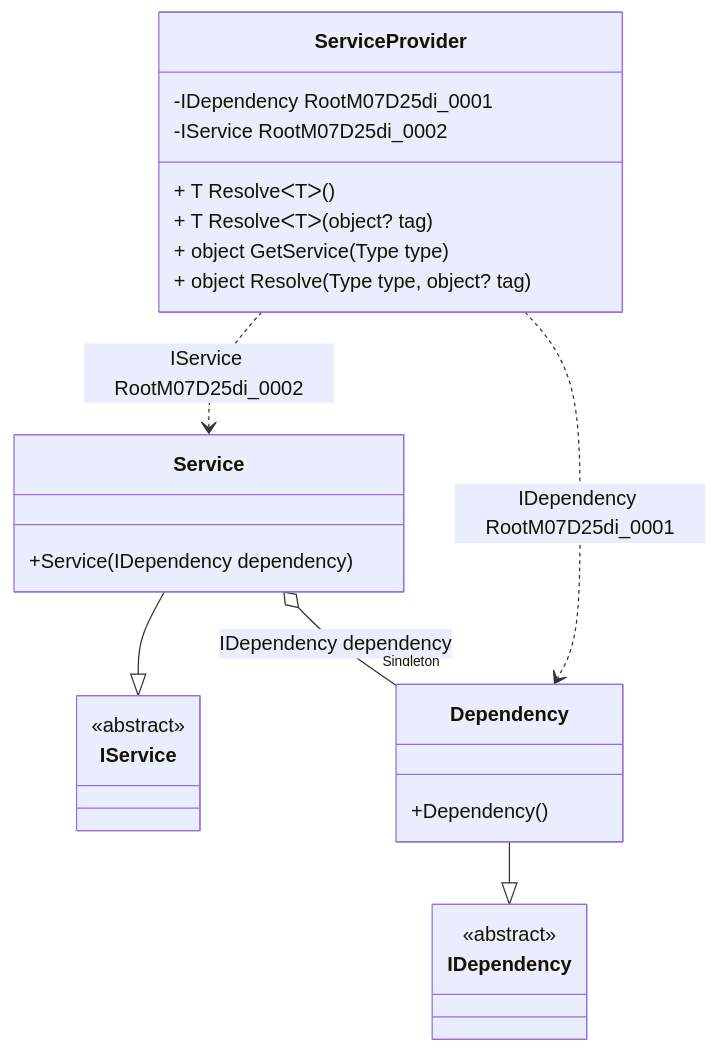
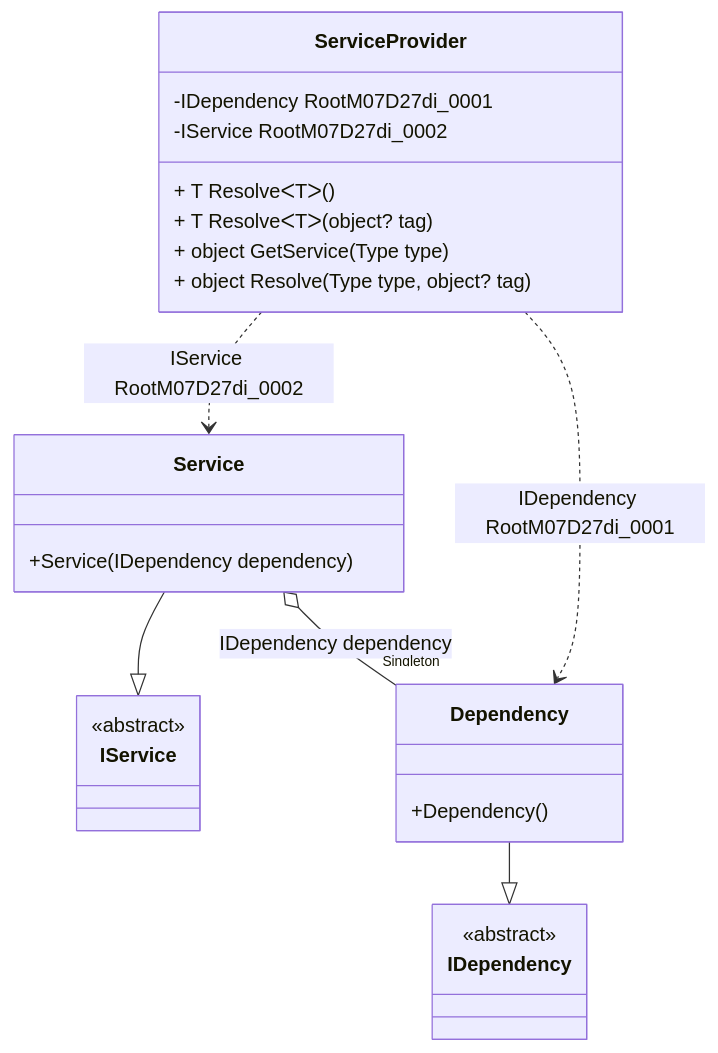
Before and after one commit to DevTeam/Pure.DI: the diagram in readme/service-provider.md, drawn with Mermaid. The commit also changed other lines of this file and 53 other files, not shown here.

````diff
--- a/readme/service-provider.md
+++ b/readme/service-provider.md
@@ -50,28 +50,28 @@
 ```mermaid
 classDiagram
   class ServiceProvider {
-    -IDependency RootM07D25di_0001
-    -IService RootM07D25di_0002
+    -IDependency RootM07D27di_0001
+    -IService RootM07D27di_0002
     + T ResolveᐸTᐳ()
     + T ResolveᐸTᐳ(object? tag)
     + object GetService(Type type)
     + object Resolve(Type type, object? tag)
   }
   Service --|> IService : 
   class Service {
     +Service(IDependency dependency)
   }
   Dependency --|> IDependency : 
   class Dependency {
     +Dependency()
   }
   class IService {
     <<abstract>>
   }
   class IDependency {
     <<abstract>>
   }
   Service o--  "Singleton" Dependency : IDependency dependency
-  ServiceProvider ..> Dependency : IDependency RootM07D25di_0001
-  ServiceProvider ..> Service : IService RootM07D25di_0002
+  ServiceProvider ..> Dependency : IDependency RootM07D27di_0001
+  ServiceProvider ..> Service : IService RootM07D27di_0002
 ```
````
